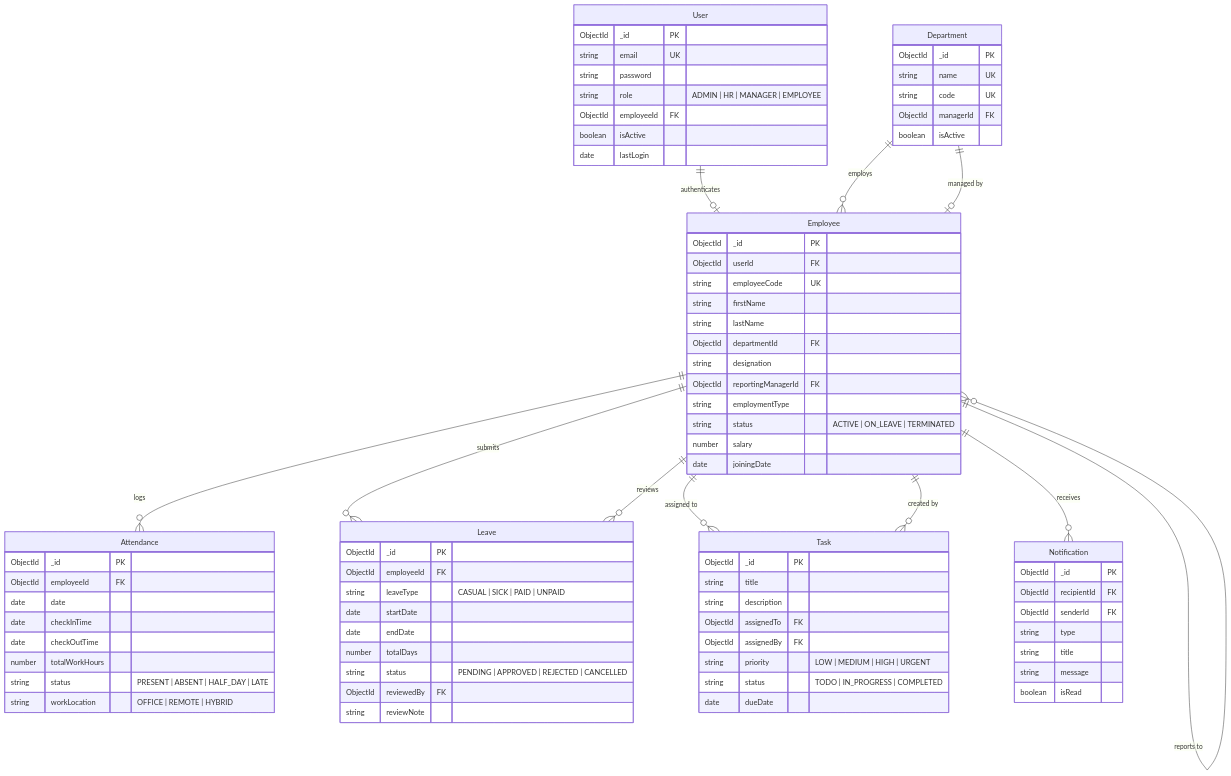
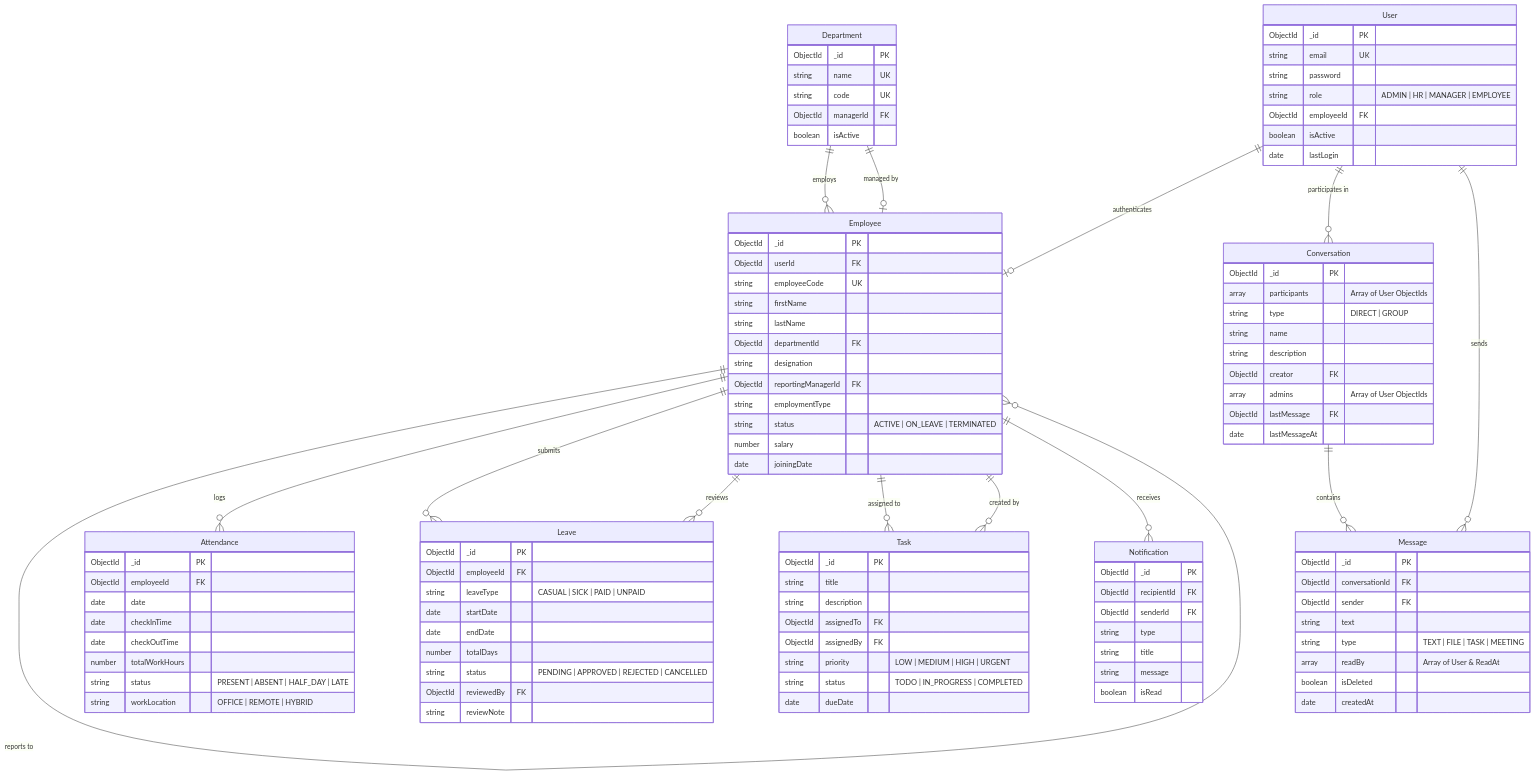
The first of 3 diagrams in docs/ARCHITECTURE.md (Arshad-010/HRMS-portal), drawn with Mermaid before and after one commit. The commit also changed other lines of this file and 85 other files, not shown here.

````diff
--- a/docs/ARCHITECTURE.md
+++ b/docs/ARCHITECTURE.md
@@ -63,6 +63,10 @@
     Employee ||--o{ Task : "assigned to"
     Employee ||--o{ Task : "created by"
     Employee ||--o{ Notification : "receives"
+    User ||--o{ Conversation : "participates in"
+    Conversation ||--o{ Message : "contains"
+    User ||--o{ Message : "sends"
+
 
     User {
         ObjectId _id PK
@@ -140,4 +144,27 @@
         string message
         boolean isRead
     }
+
+    Conversation {
+        ObjectId _id PK
+        array participants "Array of User ObjectIds"
+        string type "DIRECT | GROUP"
+        string name
+        string description
+        ObjectId creator FK
+        array admins "Array of User ObjectIds"
+        ObjectId lastMessage FK
+        date lastMessageAt
+    }
+
+    Message {
+        ObjectId _id PK
+        ObjectId conversationId FK
+        ObjectId sender FK
+        string text
+        string type "TEXT | FILE | TASK | MEETING"
+        array readBy "Array of User & ReadAt"
+        boolean isDeleted
+        date createdAt
+    }
 ```
````
